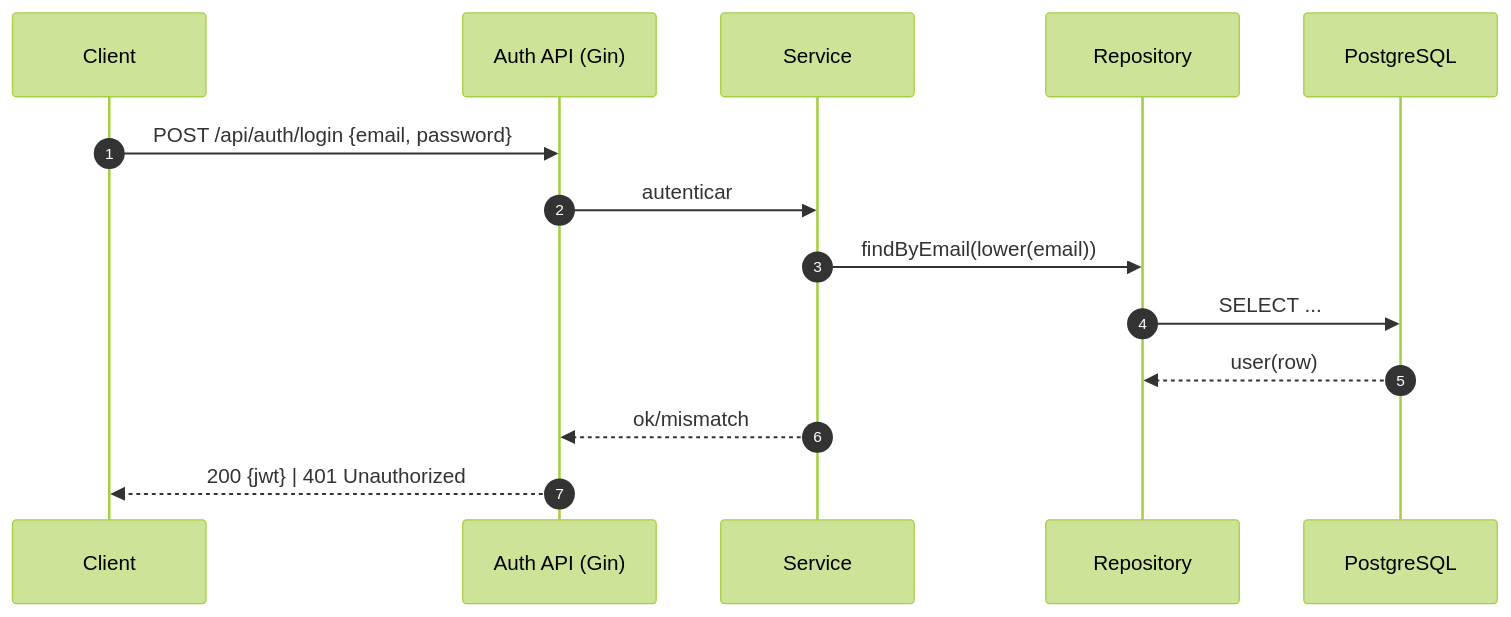
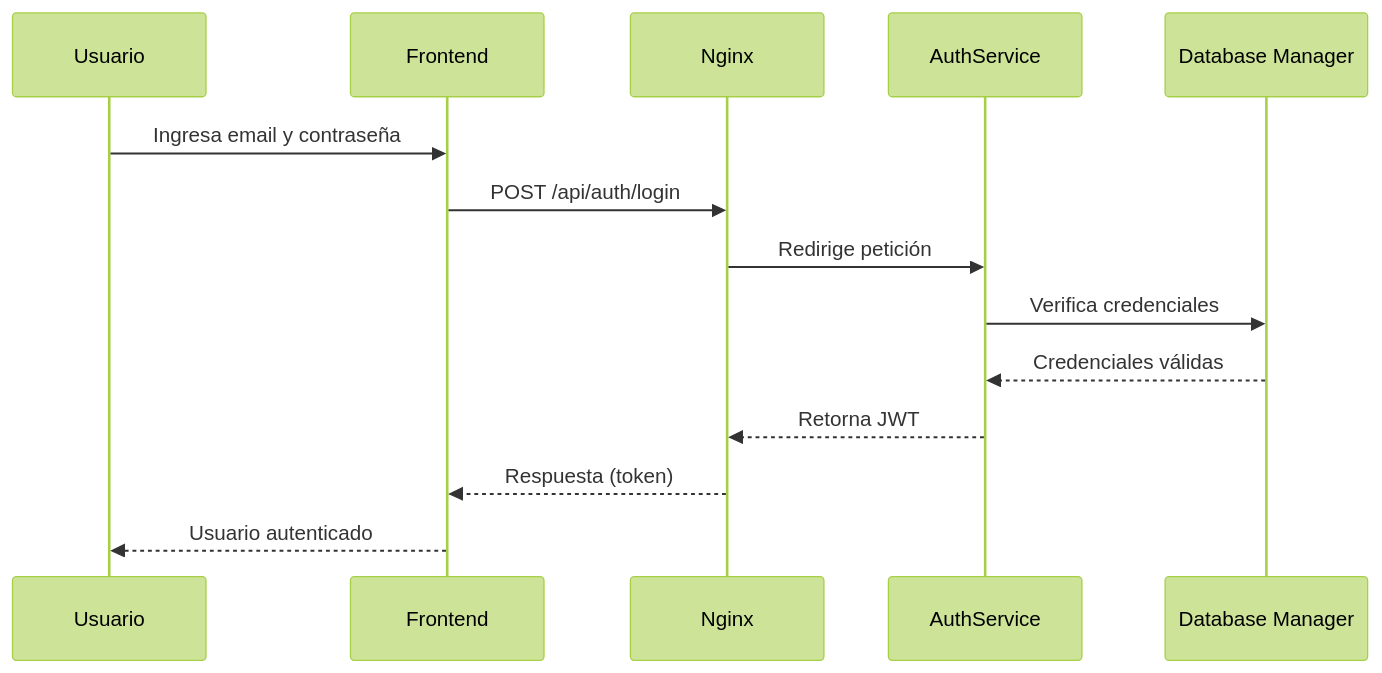
The second of 6 diagrams in docs/Entrega_1/README.md (Carlos-Rodriguez98/ANB-WebApp), drawn with Mermaid (forest theme) before and after one commit. The commit also changed other lines of this file, not shown here.

Commit message:
Adición de ERD

````diff
--- a/docs/Entrega_1/README.md
+++ b/docs/Entrega_1/README.md
@@ -141,16 +127,18 @@
 ```mermaid
 sequenceDiagram
-  autonumber
-  participant C as Client
-  participant API as Auth API (Gin)
-  participant S as Service
-  participant R as Repository
-  participant DB as PostgreSQL
-  C->>API: POST /api/auth/login {email, password}
-  API->>S: autenticar
-  S->>R: findByEmail(lower(email))
-  R->>DB: SELECT ...
-  DB-->>R: user(row)
-  S-->>API: ok/mismatch
-  API-->>C: 200 {jwt} | 401 Unauthorized
+    participant U as Usuario
+    participant F as Frontend
+    participant N as Nginx
+    participant A as AuthService
+    participant DB as Database Manager
+
+    U->>F: Ingresa email y contraseña
+    F->>N: POST /api/auth/login
+    N->>A: Redirige petición
+    A->>DB: Verifica credenciales
+    DB-->>A: Credenciales válidas
+    A-->>N: Retorna JWT
+    N-->>F: Respuesta (token)
+    F-->>U: Usuario autenticado
+
 ```
````
